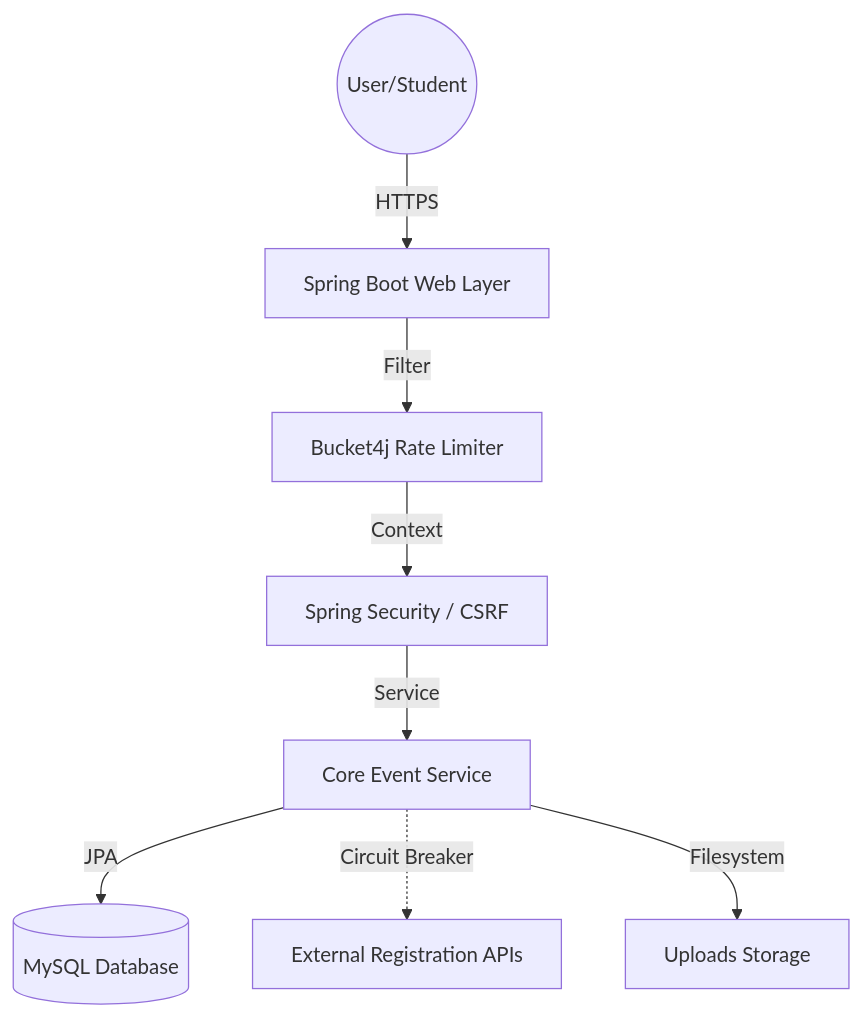
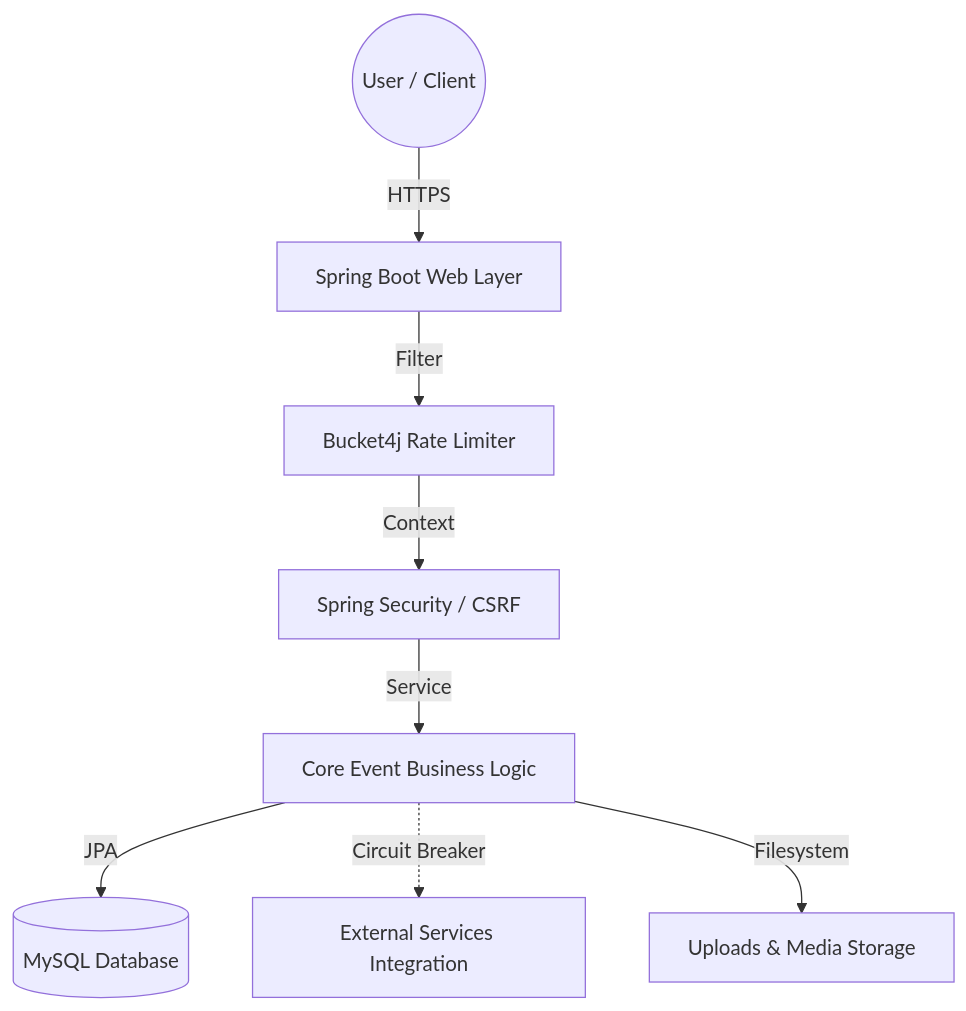
The diagram in README.md (tejaswin-amara/campus-event-manager), drawn with Mermaid before and after one commit. The commit also changed other lines of this file, not shown here.

````diff
--- a/README.md
+++ b/README.md
@@ -46,10 +62,10 @@
 ```mermaid
 graph TD
-    User((User/Student)) -->|HTTPS| WebLayer[Spring Boot Web Layer]
+    User((User / Client)) -->|HTTPS| WebLayer[Spring Boot Web Layer]
     WebLayer -->|Filter| RateLimit[Bucket4j Rate Limiter]
     RateLimit -->|Context| Security[Spring Security / CSRF]
-    Security -->|Service| CoreLogic[Core Event Service]
+    Security -->|Service| CoreLogic[Core Event Business Logic]
     CoreLogic -->|JPA| DB[(MySQL Database)]
-    CoreLogic -.->|Circuit Breaker| ExtAPI[External Registration APIs]
-    CoreLogic -->|Filesystem| Storage[Uploads Storage]
+    CoreLogic -.->|Circuit Breaker| ExtAPI[External Services Integration]
+    CoreLogic -->|Filesystem| Storage[Uploads & Media Storage]
 ```
````
